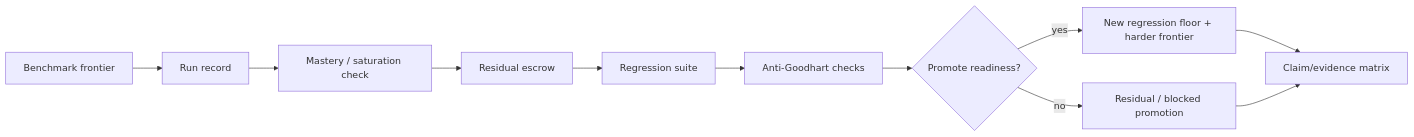
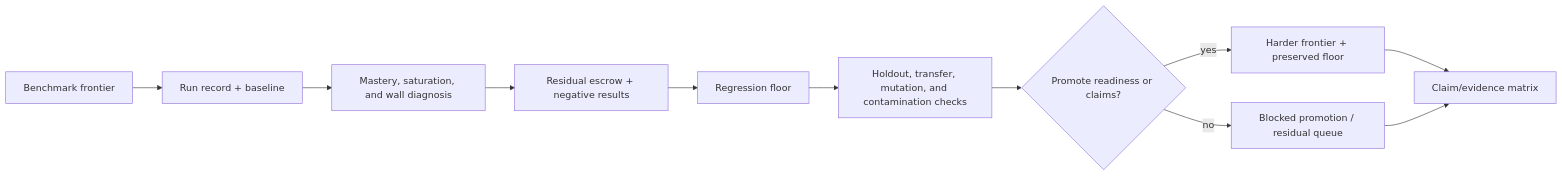
Before and after one commit to corbensorenson/asi-stack-book: the diagram in chapters/benchmark-ratchets-and-anti-goodhart-evidence.qmd, drawn with Mermaid. The commit also changed other lines of this file and 39 other files, not shown here.

````diff
--- a/chapters/benchmark-ratchets-and-anti-goodhart-evidence.qmd
+++ b/chapters/benchmark-ratchets-and-anti-goodhart-evidence.qmd
@@ -69,13 +69,13 @@
 ```{mermaid}
 flowchart LR
-  A["Benchmark frontier"] --> B["Run record"]
-  B --> C["Mastery / saturation check"]
-  C --> D["Residual escrow"]
-  D --> E["Regression suite"]
-  E --> F["Anti-Goodhart checks"]
-  F --> G{"Promote readiness?"}
-  G -- "yes" --> H["New regression floor + harder frontier"]
-  G -- "no" --> I["Residual / blocked promotion"]
+  A["Benchmark frontier"] --> B["Run record + baseline"]
+  B --> C["Mastery, saturation, and wall diagnosis"]
+  C --> D["Residual escrow + negative results"]
+  D --> E["Regression floor"]
+  E --> F["Holdout, transfer, mutation, and contamination checks"]
+  F --> G{"Promote readiness or claims?"}
+  G -- "yes" --> H["Harder frontier + preserved floor"]
+  G -- "no" --> I["Blocked promotion / residual queue"]
   H --> J["Claim/evidence matrix"]
   I --> J
 ```
````
